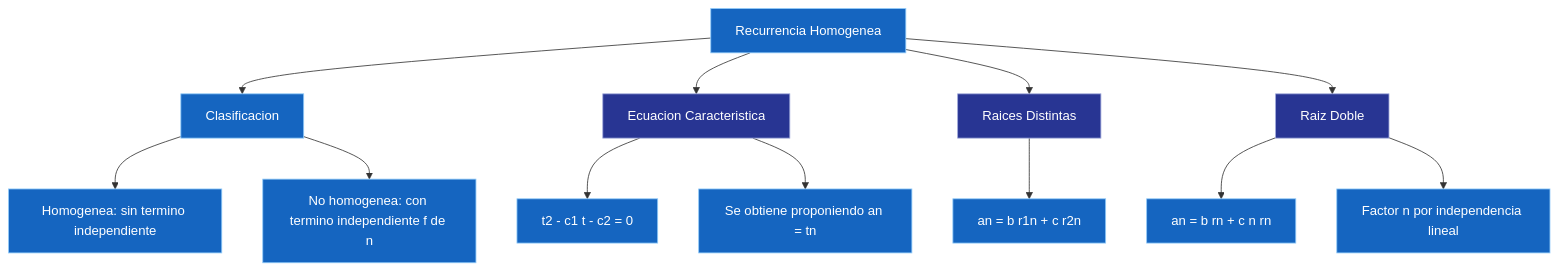
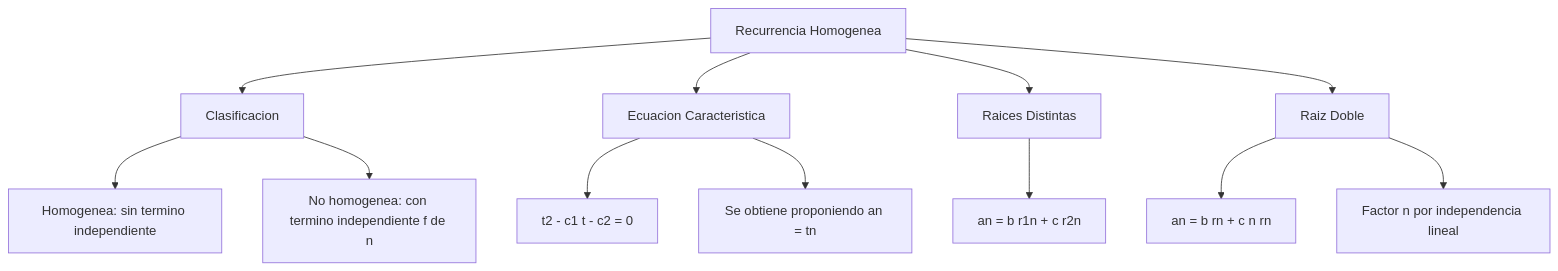
One commit to Fsteven22/Notas-ESPOL changed the diagram in src/site/notes/Universidad/3er Semestre/Matemáticas Discretas/Unidad 4 - Recurrencia y Algoritmos/02 - Recurrencia Homogénea.md. Above: the diagram before and after it, drawn with Mermaid. The commit also changed other lines of this file and 179 other files, not shown here.

````diff
--- a/src/site/notes/Universidad/3er Semestre/Matemáticas Discretas/Unidad 4 - Recurrencia y Algoritmos/02 - Recurrencia Homogénea.md
+++ b/src/site/notes/Universidad/3er Semestre/Matemáticas Discretas/Unidad 4 - Recurrencia y Algoritmos/02 - Recurrencia Homogénea.md
@@ -146,27 +142,15 @@
 ```mermaid
 graph TD
     A["Recurrencia Homogenea"] --> B["Clasificacion"]
     A --> C["Ecuacion Caracteristica"]
     A --> D["Raices Distintas"]
     A --> E["Raiz Doble"]
     B --> B1["Homogenea: sin termino independiente"]
     B --> B2["No homogenea: con termino independiente f de n"]
     C --> C1["t2 - c1 t - c2 = 0"]
     C --> C2["Se obtiene proponiendo an = tn"]
     D --> D1["an = b r1n + c r2n"]
     E --> E1["an = b rn + c n rn"]
     E --> E2["Factor n por independencia lineal"]
-    style A fill:#1565C0,color:#FFFFFF,stroke:#90CAF9,stroke-width:1px
-    style B fill:#1565C0,color:#FFFFFF,stroke:#90CAF9,stroke-width:1px
-    style B1 fill:#1565C0,color:#FFFFFF,stroke:#90CAF9,stroke-width:1px
-    style B2 fill:#1565C0,color:#FFFFFF,stroke:#90CAF9,stroke-width:1px
-    style C fill:#283593,color:#FFFFFF,stroke:#9FA8DA,stroke-width:1px
-    style C1 fill:#1565C0,color:#FFFFFF,stroke:#90CAF9,stroke-width:1px
-    style C2 fill:#1565C0,color:#FFFFFF,stroke:#90CAF9,stroke-width:1px
-    style D fill:#283593,color:#FFFFFF,stroke:#9FA8DA,stroke-width:1px
-    style D1 fill:#1565C0,color:#FFFFFF,stroke:#90CAF9,stroke-width:1px
-    style E fill:#283593,color:#FFFFFF,stroke:#9FA8DA,stroke-width:1px
-    style E1 fill:#1565C0,color:#FFFFFF,stroke:#90CAF9,stroke-width:1px
-    style E2 fill:#1565C0,color:#FFFFFF,stroke:#90CAF9,stroke-width:1px
 
 ```
````
